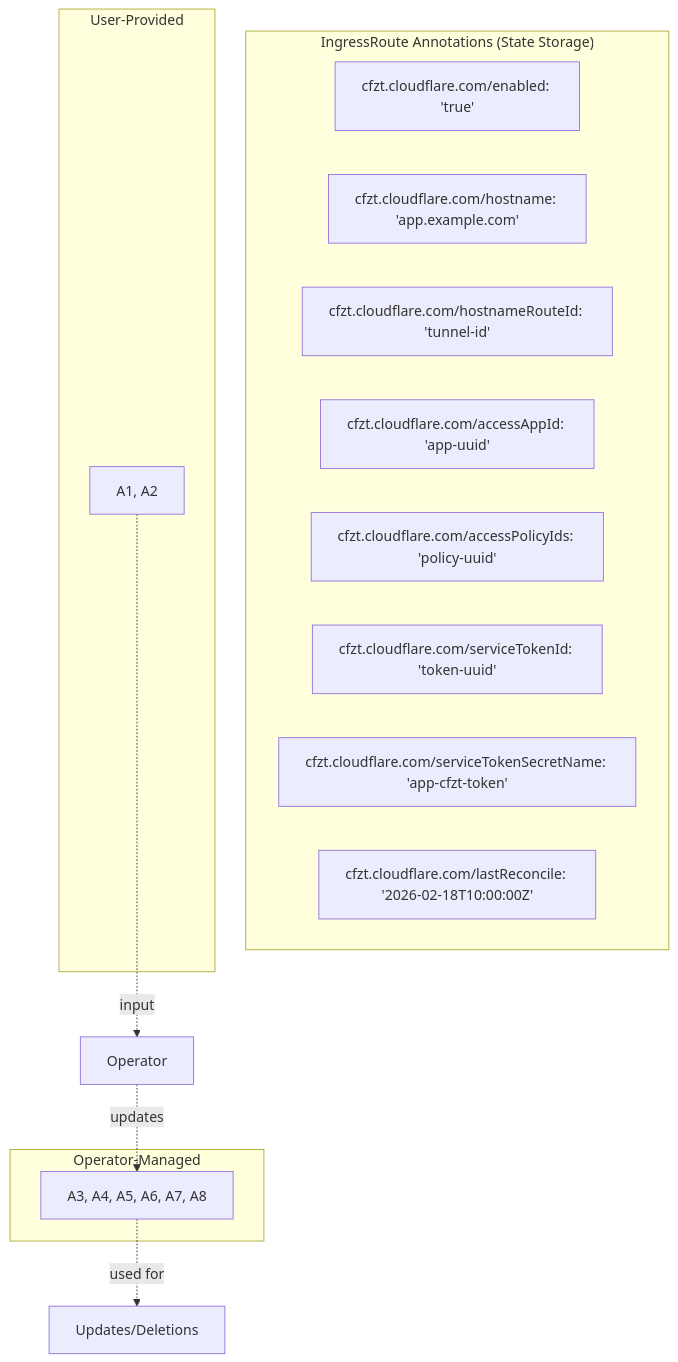
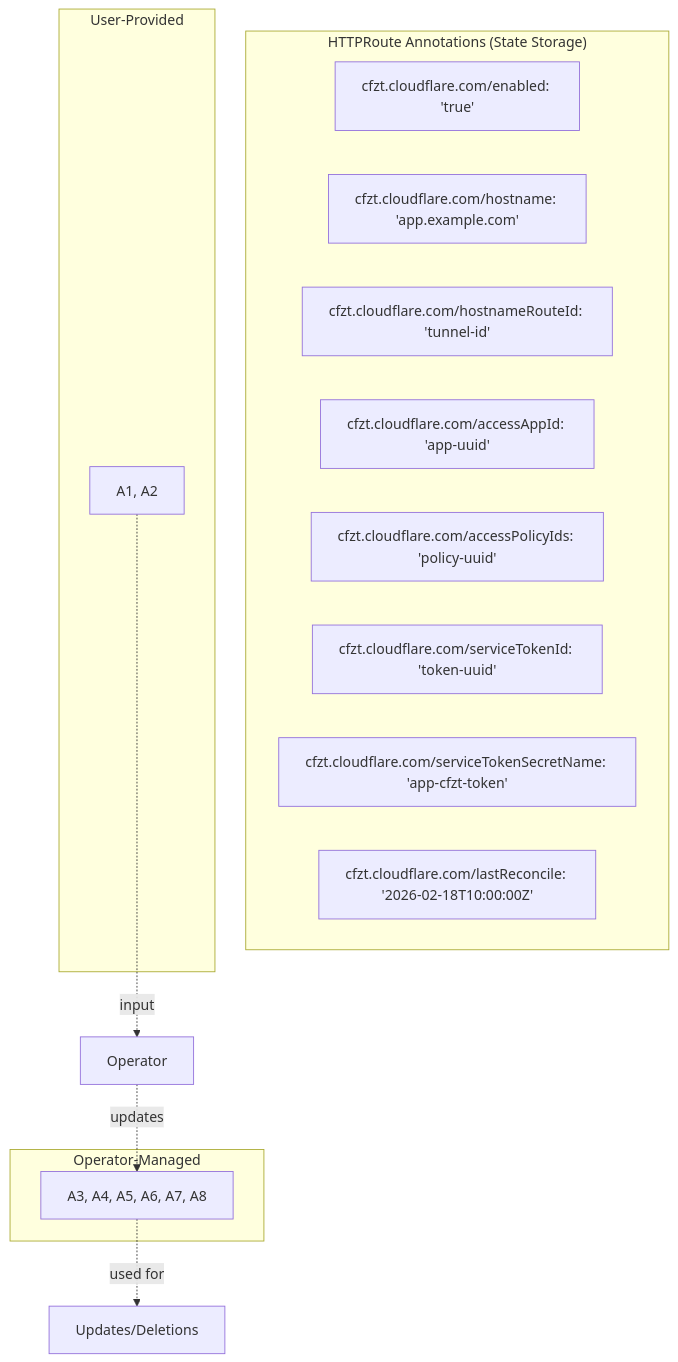
Before and after one commit to wheetazlab/cloudflare-zero-trust-operator: the tenth of 16 diagrams in docs/architecture.md, drawn with Mermaid. The commit also changed other lines of this file and 24 other files, not shown here.

````diff
--- a/docs/architecture.md
+++ b/docs/architecture.md
@@ -633,25 +633,25 @@
 ```mermaid
 graph TB
-    subgraph "IngressRoute Annotations (State Storage)"
+    subgraph "HTTPRoute Annotations (State Storage)"
         A1[cfzt.cloudflare.com/enabled: 'true']
         A2[cfzt.cloudflare.com/hostname: 'app.example.com']
         A3[cfzt.cloudflare.com/hostnameRouteId: 'tunnel-id']
         A4[cfzt.cloudflare.com/accessAppId: 'app-uuid']
         A5[cfzt.cloudflare.com/accessPolicyIds: 'policy-uuid']
         A6[cfzt.cloudflare.com/serviceTokenId: 'token-uuid']
         A7[cfzt.cloudflare.com/serviceTokenSecretName: 'app-cfzt-token']
         A8[cfzt.cloudflare.com/lastReconcile: '2026-02-18T10:00:00Z']
     end
     
     subgraph "User-Provided"
         UP[A1, A2]
     end
     
     subgraph "Operator-Managed"
         OM[A3, A4, A5, A6, A7, A8]
     end
     
     UP -.input.-> OPERATOR[Operator]
     OPERATOR -.updates.-> OM
     OM -.used for.-> UPDATE[Updates/Deletions]
 ```
````
